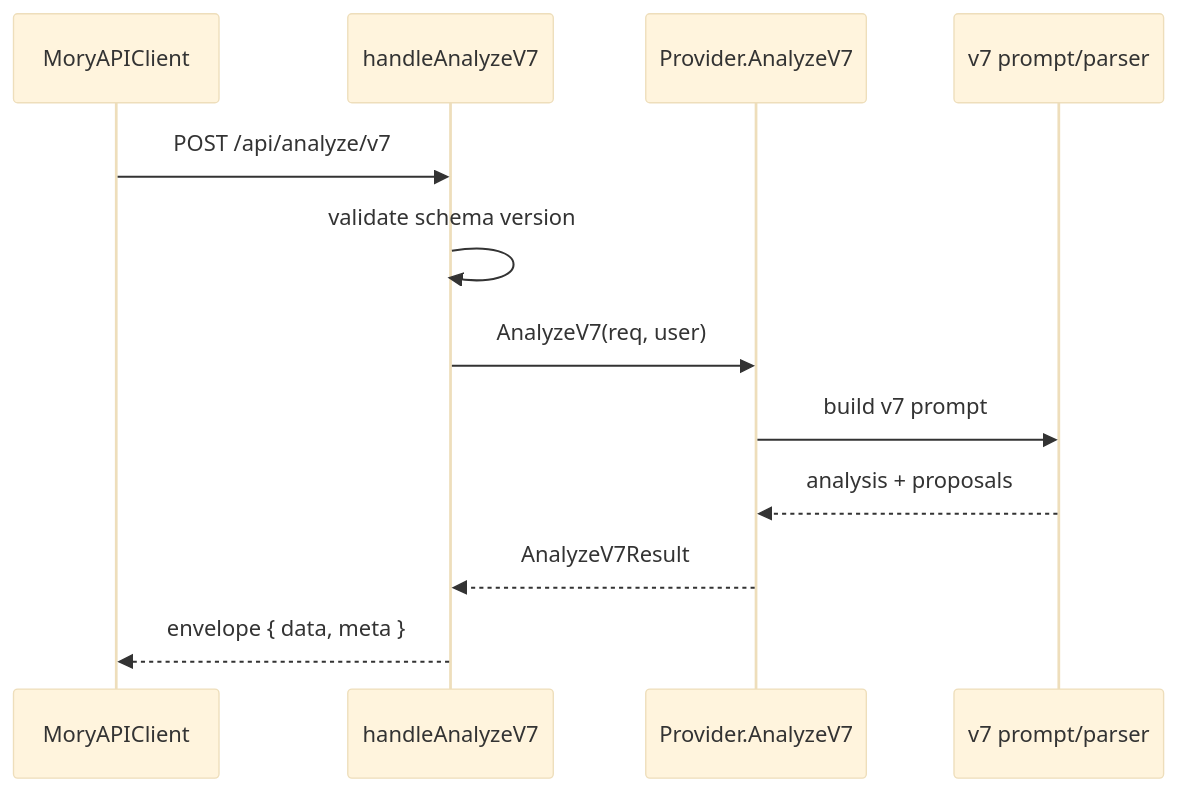
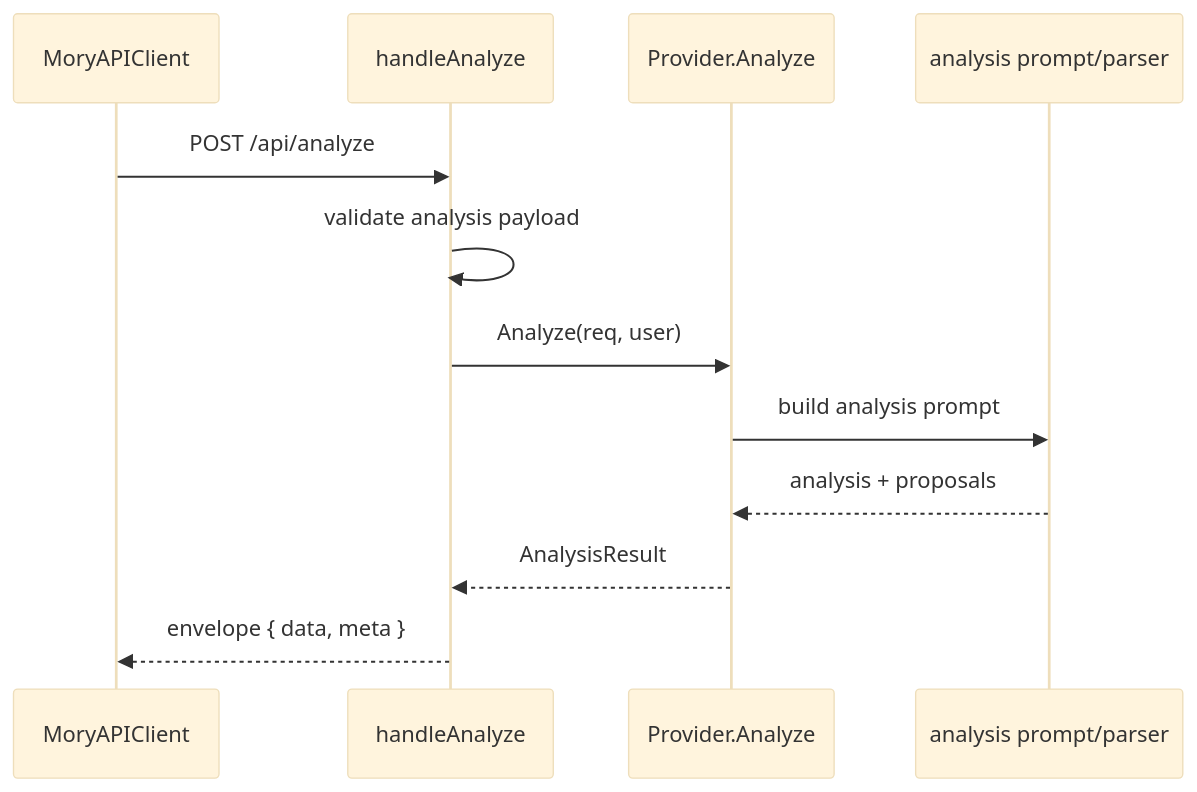
Before and after one commit to daaihang/sprout: the second of 2 diagrams in docs/mory_architecture_handbook_2026_05/08_server_architecture_audit.md, drawn with Mermaid (base theme). The commit also changed other lines of this file and 61 other files, not shown here.

````diff
--- a/docs/mory_architecture_handbook_2026_05/08_server_architecture_audit.md
+++ b/docs/mory_architecture_handbook_2026_05/08_server_architecture_audit.md
@@ -83,15 +83,15 @@
 ```mermaid
 sequenceDiagram
     participant iOS as MoryAPIClient
-    participant HTTP as handleAnalyzeV7
-    participant AI as Provider.AnalyzeV7
-    participant Prompt as v7 prompt/parser
+    participant HTTP as handleAnalyze
+    participant AI as Provider.Analyze
+    participant Prompt as analysis prompt/parser
 
-    iOS->>HTTP: POST /api/analyze/v7
-    HTTP->>HTTP: validate schema version
-    HTTP->>AI: AnalyzeV7(req, user)
-    AI->>Prompt: build v7 prompt
+    iOS->>HTTP: POST /api/analyze
+    HTTP->>HTTP: validate analysis payload
+    HTTP->>AI: Analyze(req, user)
+    AI->>Prompt: build analysis prompt
     Prompt-->>AI: analysis + proposals
-    AI-->>HTTP: AnalyzeV7Result
+    AI-->>HTTP: AnalysisResult
     HTTP-->>iOS: envelope { data, meta }
 ```
````
